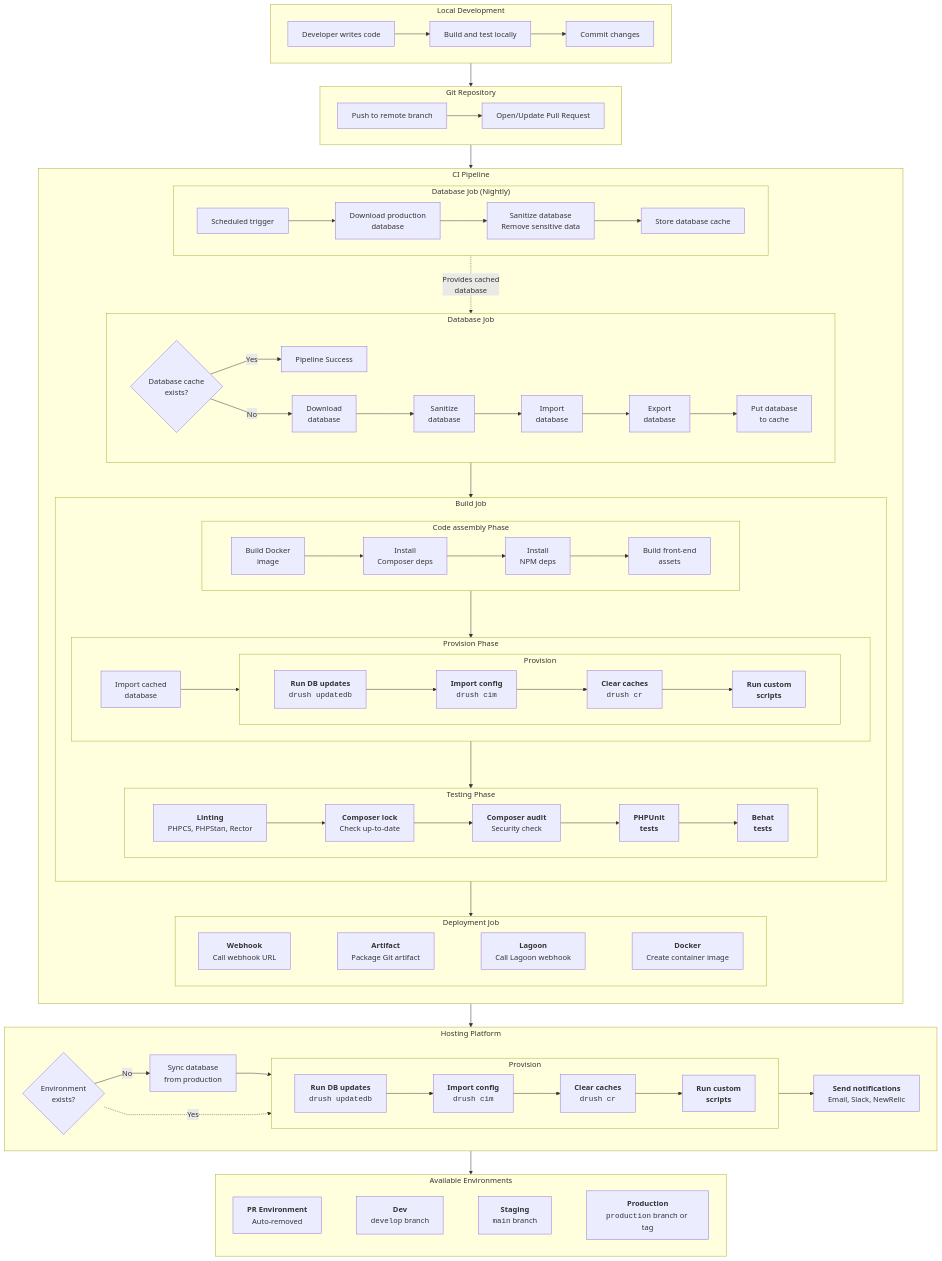
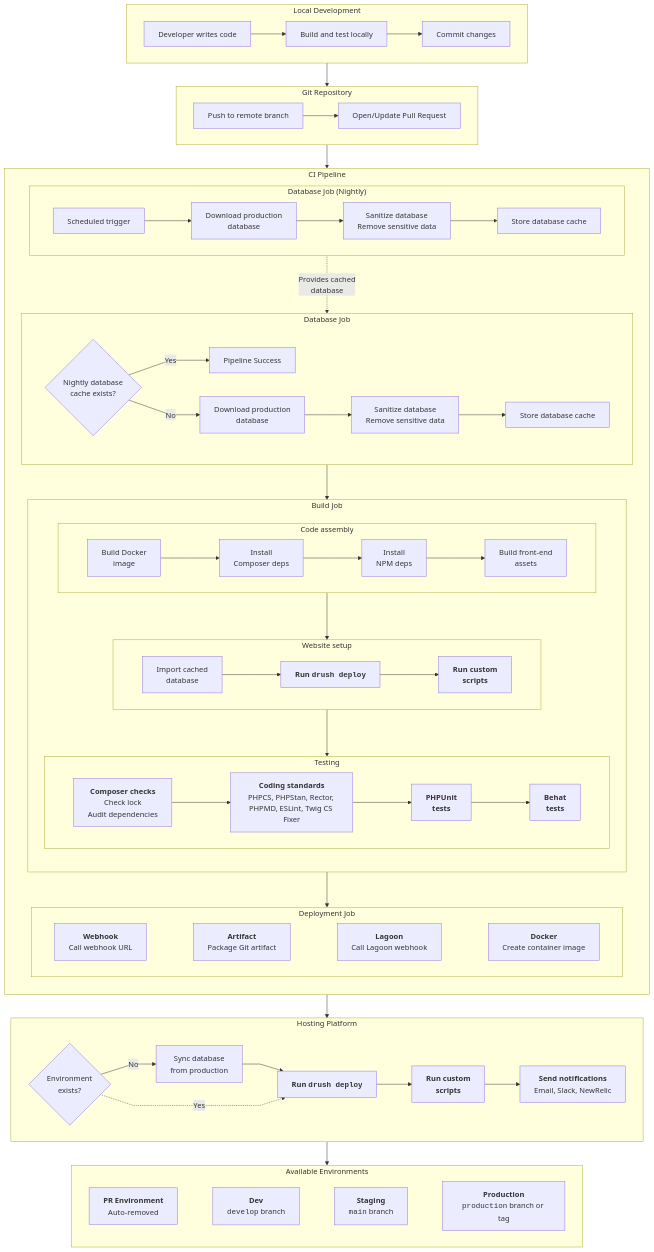
One commit to drevops/vortex changed the diagram in .vortex/docs/content/workflows/_code-lifecycle.mdx. Above: the diagram before and after it, drawn with Mermaid. The commit also changed other lines of this file and 38 other files, not shown here.

````diff
--- a/.vortex/docs/content/workflows/_code-lifecycle.mdx
+++ b/.vortex/docs/content/workflows/_code-lifecycle.mdx
@@ -37,20 +37,18 @@
         subgraph SUBGRAPH_CI_DATABASE_JOB["Database Job"]
             direction LR
 
-            CI_DATABASE_JOB_DB_CACHE_CHECK{"Database cache<br/>exists?"}
+            CI_DATABASE_JOB_DB_CACHE_CHECK{"Nightly database<br/>cache exists?"}
             CI_DATABASE_JOB_DB_CACHE_SUCCESS["Pipeline Success"]
 
-            CI_DATABASE_JOB_DB_DOWNLOAD_NEW["Download<br/>database"]
-            CI_DATABASE_JOB_DB_SANITIZE["Sanitize<br/>database"]
-            CI_DATABASE_JOB_DB_IMPORT["Import<br/>database"]
-            CI_DATABASE_JOB_DB_EXPORT["Export<br/>database"]
-            CI_DATABASE_JOB_DB_PUT_CACHE["Put database<br/>to cache"]
+            CI_DATABASE_JOB_DB_DOWNLOAD_NEW["Download production<br/>database"]
+            CI_DATABASE_JOB_DB_SANITIZE["Sanitize database<br/>Remove sensitive data"]
+            CI_DATABASE_JOB_DB_STORE_CACHE["Store database cache"]
         end
 
         subgraph SUBGRAPH_CI_BUILD_JOB["Build Job"]
             direction TB
 
-            subgraph SUBGRAPH_CI_BUILD_JOB_ASSEMBLY_PHASE["Code assembly Phase"]
+            subgraph SUBGRAPH_CI_BUILD_JOB_ASSEMBLY_PHASE["Code assembly"]
                 direction LR
                 CI_BUILD_JOB_ASSEMBLY_PHASE_BUILD_DOCKER["Build Docker<br/>image"]
                   --> CI_BUILD_JOB_ASSEMBLY_PHASE_COMPOSER["Install<br/>Composer deps"]
@@ -58,27 +56,18 @@
                   --> CI_BUILD_JOB_ASSEMBLY_PHASE_BUILD_ASSETS["Build front-end<br/>assets"]
             end
 
-            subgraph SUBGRAPH_CI_BUILD_JOB_PROVISION_PHASE["Provision Phase"]
+            subgraph SUBGRAPH_CI_BUILD_JOB_PROVISION_PHASE["Website setup"]
                 direction LR
                 CI_BUILD_JOB_PROVISION_PHASE_DB_DOWNLOAD["Import cached<br/>database"]
-
-                subgraph SUBGRAPH_CI_BUILD_JOB_PROVISION_PHASE_PROVISION_OPS["Provision"]
-                    direction LR
-                    CI_BUILD_JOB_PROVISION_PHASE_PROVISION_OPS_PROV_DB_UPDATES_CI["<b>Run DB updates</b><br/><code>drush updatedb</code>"]
-                      --> CI_BUILD_JOB_PROVISION_PHASE_PROVISION_OPS_PROV_CONFIG_IMPORT_CI["<b>Import config</b><br/><code>drush cim</code>"]
-                      --> CI_BUILD_JOB_PROVISION_PHASE_PROVISION_OPS_PROV_CACHE_CLEAR_CI["<b>Clear caches</b><br/><code>drush cr</code>"]
-                      --> CI_BUILD_JOB_PROVISION_PHASE_PROVISION_OPS_PROV_CUSTOM_CI["<b>Run custom<br/>scripts</b>"]
-                end
-
-                CI_BUILD_JOB_PROVISION_PHASE_DB_DOWNLOAD --> SUBGRAPH_CI_BUILD_JOB_PROVISION_PHASE_PROVISION_OPS
+                    --> CI_BUILD_JOB_PROVISION_PHASE_PROVISION_OPS_PROV_DEPLOY["<b>Run <code>drush deploy</code></b>"]
+                    --> CI_BUILD_JOB_PROVISION_PHASE_PROVISION_OPS_PROV_CUSTOM["<b>Run custom<br/>scripts</b>"]
             end
 
-            subgraph SUBGRAPH_CI_BUILD_JOB_TEST_PHASE["Testing Phase"]
+            subgraph SUBGRAPH_CI_BUILD_JOB_TEST_PHASE["Testing"]
                 direction LR
-                CI_BUILD_JOB_TEST_PHASE_LINT["<b>Linting</b><br/>PHPCS, PHPStan, Rector"]
-                  --> CI_BUILD_JOB_TEST_PHASE_LOCK_CHECK["<b>Composer lock</b><br/>Check up-to-date"]
-                  --> CI_BUILD_JOB_TEST_PHASE_AUDIT["<b>Composer audit</b><br/>Security check"]
-                  --> CI_BUILD_JOB_TEST_PHASE_UNIT["<b>PHPUnit<br/>tests<b>"]
+                  CI_BUILD_JOB_TEST_PHASE_COMPOSER_CHECK["<b>Composer checks</b><br/>Check lock<br/>Audit dependencies"]
+                  --> CI_BUILD_JOB_TEST_PHASE_LINT["<b>Coding standards</b><br/>PHPCS, PHPStan, Rector, PHPMD, ESLint, Twig CS Fixer"]
+                  --> CI_BUILD_JOB_TEST_PHASE_UNIT["<b>PHPUnit<br/>tests</b>"]
                   --> CI_BUILD_JOB_TEST_PHASE_BEHAT["<b>Behat<br/>tests</b>"]
             end
         end
@@ -98,15 +87,9 @@
         HOSTING_ENV_DECISION{"Environment<br/>exists?"}
         HOSTING_NEW_DB_SYNC["Sync database<br/>from production"]
 
-        subgraph SUBGRAPH_HOSTING_PROVISION_OPS["Provision"]
-            direction LR
-            HOSTING_PROVISION_OPS_PROV_DB_UPDATES["<b>Run DB updates</b><br/><code>drush updatedb</code>"]
-              --> HOSTING_PROVISION_OPS_PROV_CONFIG_IMPORT["<b>Import config</b><br/><code>drush cim</code>"]
-              --> HOSTING_PROVISION_OPS_PROV_CACHE_CLEAR["<b>Clear caches</b><br/><code>drush cr</code>"]
-              --> HOSTING_PROVISION_OPS_PROV_CUSTOM["<b>Run custom<br/>scripts</b>"]
-        end
-
-        HOSTING_SEND_NOTIFICATIONS["<b>Send notifications</b><br/>Email, Slack, NewRelic"]
+        HOSTING_PROVISION_OPS_PROV_DEPLOY["<b>Run <code>drush deploy</code></b>"]
+        --> HOSTING_PROVISION_OPS_PROV_CUSTOM["<b>Run custom<br/>scripts</b>"]
+        --> HOSTING_SEND_NOTIFICATIONS["<b>Send notifications</b><br/>Email, Slack, NewRelic"]
     end
 
     subgraph SUBGRAPH_ENVIRONMENTS["Available Environments"]
@@ -130,9 +113,8 @@
     CI_DATABASE_JOB_DB_CACHE_CHECK -->|Yes| CI_DATABASE_JOB_DB_CACHE_SUCCESS
     CI_DATABASE_JOB_DB_CACHE_CHECK -->|No| CI_DATABASE_JOB_DB_DOWNLOAD_NEW
     CI_DATABASE_JOB_DB_DOWNLOAD_NEW --> CI_DATABASE_JOB_DB_SANITIZE
-    CI_DATABASE_JOB_DB_SANITIZE --> CI_DATABASE_JOB_DB_IMPORT
-    CI_DATABASE_JOB_DB_IMPORT --> CI_DATABASE_JOB_DB_EXPORT
-    CI_DATABASE_JOB_DB_EXPORT --> CI_DATABASE_JOB_DB_PUT_CACHE
+
+    CI_DATABASE_JOB_DB_SANITIZE --> CI_DATABASE_JOB_DB_STORE_CACHE
 
     SUBGRAPH_CI_DATABASE_JOB --> SUBGRAPH_CI_BUILD_JOB
     SUBGRAPH_CI_BUILD_JOB_ASSEMBLY_PHASE --> SUBGRAPH_CI_BUILD_JOB_PROVISION_PHASE
@@ -141,7 +123,6 @@
 
     %% Internal flows within Hosting Platform
     HOSTING_ENV_DECISION -->|No| HOSTING_NEW_DB_SYNC
-    HOSTING_NEW_DB_SYNC --> SUBGRAPH_HOSTING_PROVISION_OPS
-    HOSTING_ENV_DECISION -.->|Yes| SUBGRAPH_HOSTING_PROVISION_OPS
-    SUBGRAPH_HOSTING_PROVISION_OPS --> HOSTING_SEND_NOTIFICATIONS
+    HOSTING_NEW_DB_SYNC --> HOSTING_PROVISION_OPS_PROV_DEPLOY
+    HOSTING_ENV_DECISION -.->|Yes| HOSTING_PROVISION_OPS_PROV_DEPLOY
 ```
````
